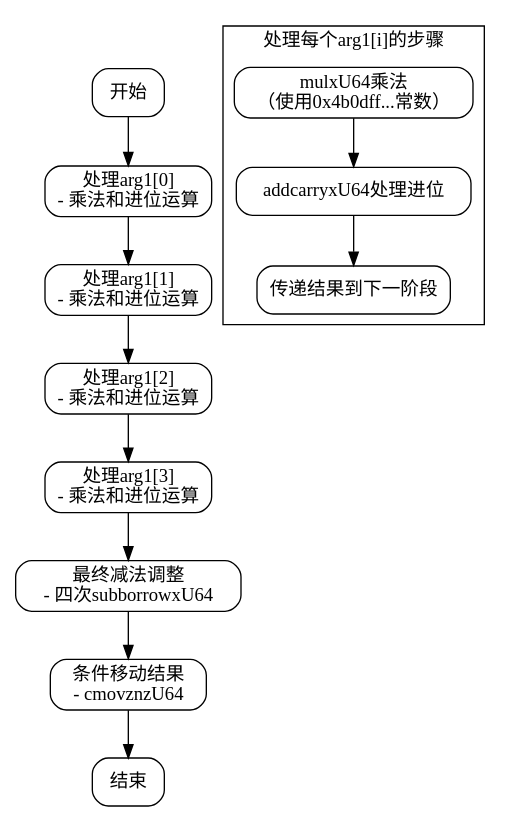
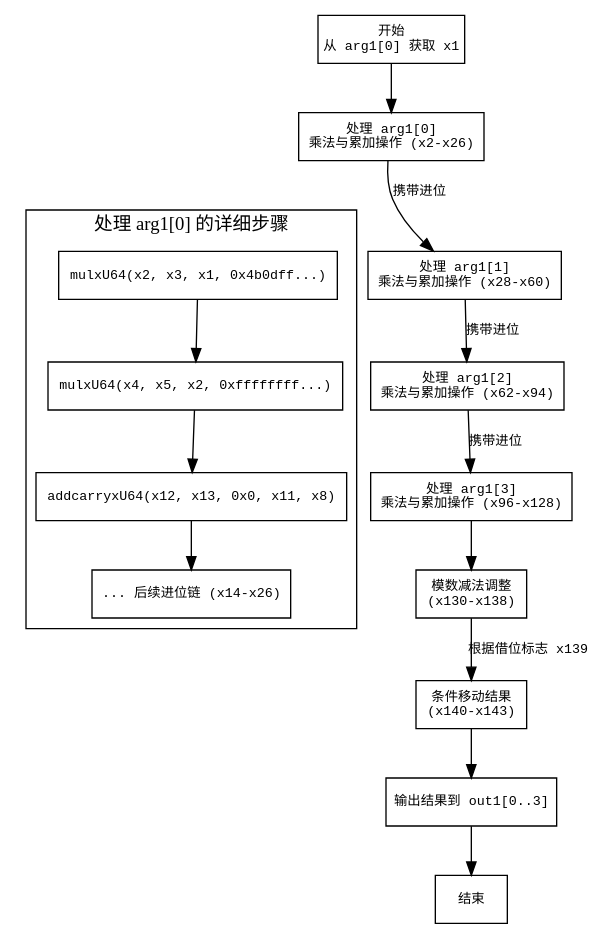
One commit to sdzx-1/deepseek-zig-reader changed the diagram in dot_std/crypto/pcurves/secp256k1/secp256k1_scalar_64.zig.fromMontgomery.md. Above: the diagram before and after it, drawn with Graphviz. The commit also changed other lines of this file and 236 other files, not shown here.

````diff
--- a/dot_std/crypto/pcurves/secp256k1/secp256k1_scalar_64.zig.fromMontgomery.md
+++ b/dot_std/crypto/pcurves/secp256k1/secp256k1_scalar_64.zig.fromMontgomery.md
@@ -31,31 +39,40 @@
-```graphviz
-digraph flowchart {
-    node [shape=rectangle, style=rounded];
-    start [label="开始"];
+```dot
+digraph fromMontgomery {
+    node [shape=rectangle, fontname="Courier", fontsize=10];
+    edge [fontname="Courier", fontsize=10];
+
+    start [label="开始\n从 arg1[0] 获取 x1"];
+    process_arg1_0 [label="处理 arg1[0]\n乘法与累加操作 (x2-x26)"];
+    process_arg1_1 [label="处理 arg1[1]\n乘法与累加操作 (x28-x60)"];
+    process_arg1_2 [label="处理 arg1[2]\n乘法与累加操作 (x62-x94)"];
+    process_arg1_3 [label="处理 arg1[3]\n乘法与累加操作 (x96-x128)"];
+    final_sub [label="模数减法调整\n(x130-x138)"];
+    cmov_adj [label="条件移动结果\n(x140-x143)"];
+    output [label="输出结果到 out1[0..3]"];
     end [label="结束"];
-    
-    process_element_0 [label="处理arg1[0]\n- 乘法和进位运算"];
-    process_element_1 [label="处理arg1[1]\n- 乘法和进位运算"];
-    process_element_2 [label="处理arg1[2]\n- 乘法和进位运算"];
-    process_element_3 [label="处理arg1[3]\n- 乘法和进位运算"];
-    final_subtraction [label="最终减法调整\n- 四次subborrowxU64"];
-    conditional_move [label="条件移动结果\n- cmovznzU64"];
 
-    start -> process_element_0;
-    process_element_0 -> process_element_1;
-    process_element_1 -> process_element_2;
-    process_element_2 -> process_element_3;
-    process_element_3 -> final_subtraction;
-    final_subtraction -> conditional_move;
-    conditional_move -> end;
+    start -> process_arg1_0;
+    process_arg1_0 -> process_arg1_1 [label="携带进位"];
+    process_arg1_1 -> process_arg1_2 [label="携带进位"];
+    process_arg1_2 -> process_arg1_3 [label="携带进位"];
+    process_arg1_3 -> final_sub;
+    final_sub -> cmov_adj [label="根据借位标志 x139"];
+    cmov_adj -> output;
+    output -> end;
 
-    // 详细步骤示例（可展开）
-    subgraph cluster_0 {
-        label="处理每个arg1[i]的步骤";
-        mul [label="mulxU64乘法\n（使用0x4b0dff...常数）"];
-        add_carry [label="addcarryxU64处理进位"];
-        propagate [label="传递结果到下一阶段"];
-        mul -> add_carry -> propagate;
+    // 详细展开第一个处理块示例
+    subgraph cluster_arg1_0 {
+        label="处理 arg1[0] 的详细步骤";
+        mul_x2_x3 [label="mulxU64(x2, x3, x1, 0x4b0dff...)"];
+        mul_x4_x5 [label="mulxU64(x4, x5, x2, 0xffffffff...)"];
+        addcarry_1 [label="addcarryxU64(x12, x13, 0x0, x11, x8)"];
+        addcarry_chain [label="... 后续进位链 (x14-x26)"];
+        mul_x2_x3 -> mul_x4_x5 -> addcarry_1 -> addcarry_chain;
     }
+
+    // 其他处理块结构类似，用注释表示重复模式
+    edge [style=invis];
+    process_arg1_0 -> mul_x2_x3;
+    process_arg1_1 -> process_arg1_0 [style=invis];
 }
 ```
````
